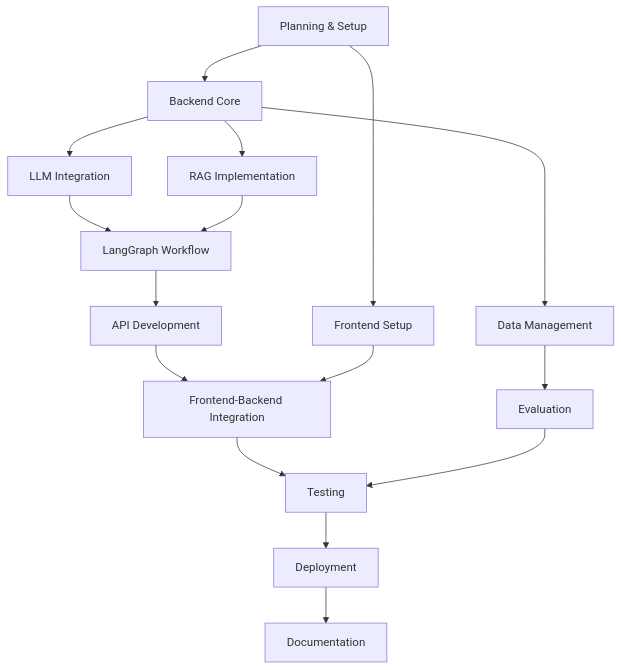
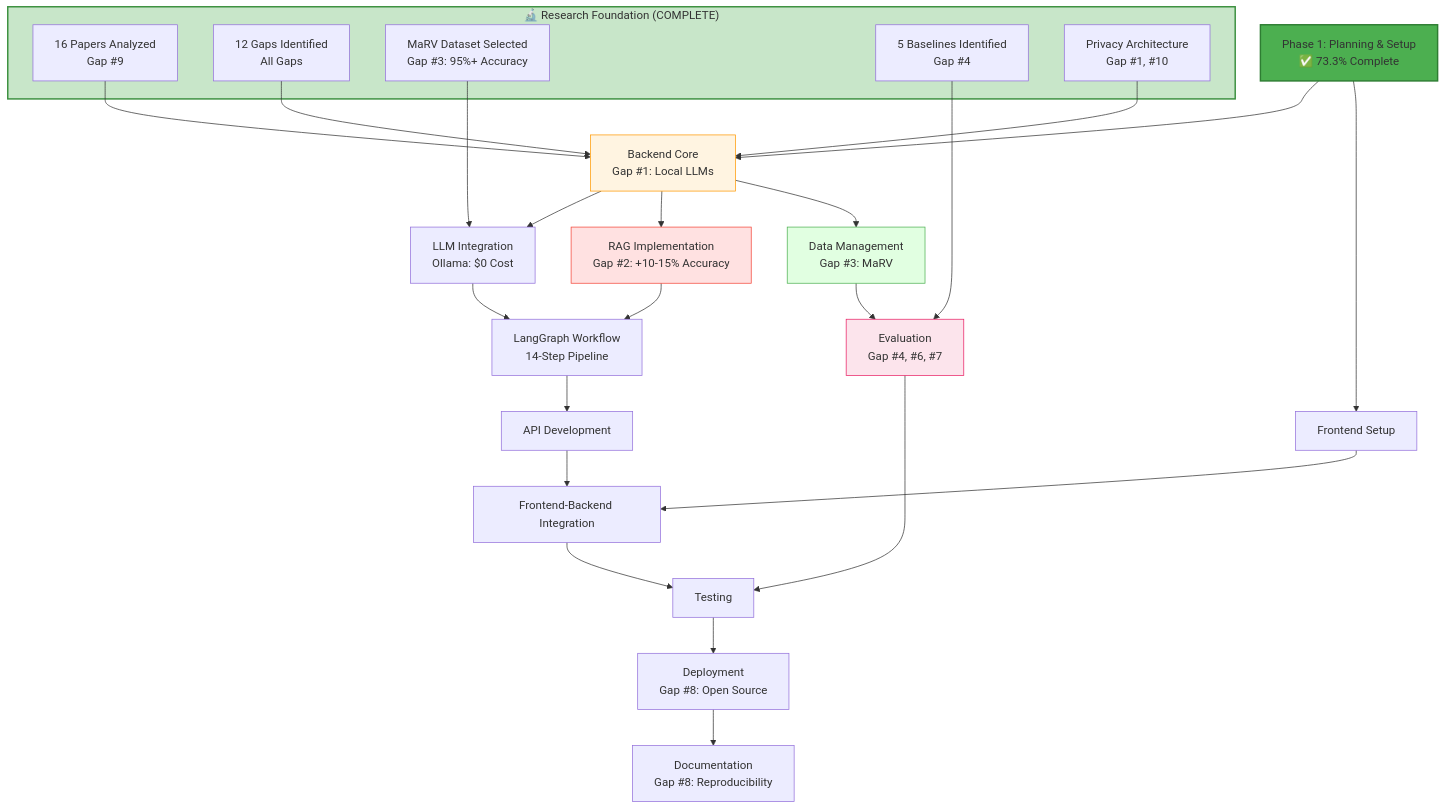
One commit to bibekgupta3333/code-smell changed the first of 3 diagrams in docs/planning/WBS.md. Above: the diagram before and after it, drawn with Mermaid. The commit also changed other lines of this file and 3 other files, not shown here.

Commit message:
updating architecture documentation

````diff
--- a/docs/planning/WBS.md
+++ b/docs/planning/WBS.md
@@ -232,18 +242,40 @@
 ```mermaid
 graph TD
-    A[Planning & Setup] --> B[Backend Core]
+    A[Phase 1: Planning & Setup<br/>✅ 73.3% Complete] --> B[Backend Core]
     A --> C[Frontend Setup]
-    B --> D[LLM Integration]
-    B --> E[RAG Implementation]
-    D --> F[LangGraph Workflow]
+    
+    subgraph Research["🔬 Research Foundation (COMPLETE)"]
+        R1[16 Papers Analyzed<br/>Gap #9]
+        R2[12 Gaps Identified<br/>All Gaps]
+        R3[MaRV Dataset Selected<br/>Gap #3: 95%+ Accuracy]
+        R4[5 Baselines Identified<br/>Gap #4]
+        R5[Privacy Architecture<br/>Gap #1, #10]
+    end
+    
+    R1 --> B
+    R2 --> B
+    R3 --> D[Data Management]
+    R4 --> J[Evaluation]
+    R5 --> B
+    
+    B[Backend Core<br/>Gap #1: Local LLMs] --> D[LLM Integration<br/>Ollama: $0 Cost]
+    B --> E[RAG Implementation<br/>Gap #2: +10-15% Accuracy]
+    D --> F[LangGraph Workflow<br/>14-Step Pipeline]
     E --> F
     F --> G[API Development]
     G --> H[Frontend-Backend Integration]
     C --> H
-    B --> I[Data Management]
-    I --> J[Evaluation]
+    B --> I[Data Management<br/>Gap #3: MaRV]
+    I --> J[Evaluation<br/>Gap #4, #6, #7]
     H --> K[Testing]
     J --> K
-    K --> L[Deployment]
-    L --> M[Documentation]
+    K --> L[Deployment<br/>Gap #8: Open Source]
+    L --> M[Documentation<br/>Gap #8: Reproducibility]
+    
+    style Research fill:#c8e6c9,stroke:#388e3c,stroke-width:2px
+    style A fill:#4caf50,stroke:#2e7d32,stroke-width:2px
+    style B fill:#fff4e1,stroke:#ff9800
+    style E fill:#ffe1e1,stroke:#f44336
+    style I fill:#e1ffe1,stroke:#4caf50
+    style J fill:#fce4ec,stroke:#e91e63
 ```
````
